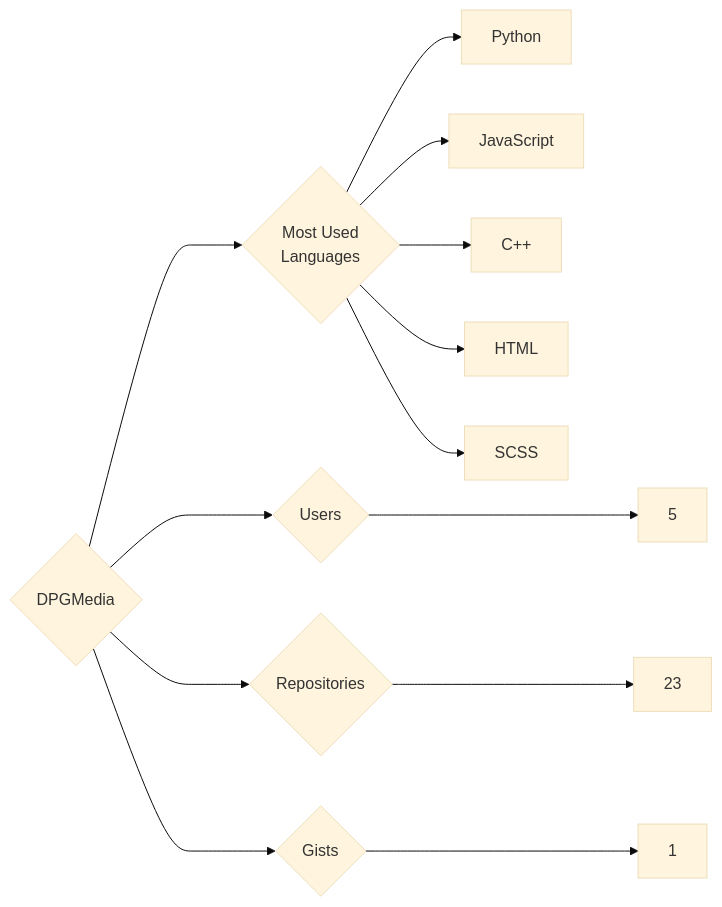
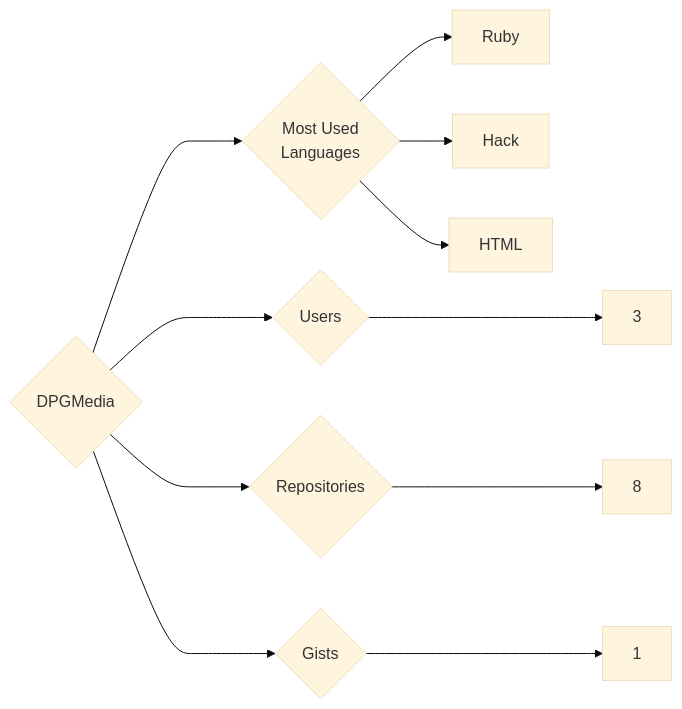
The diagram in targets/DPGMedia/README.md (trickest/insiders), drawn with Mermaid (base theme) before and after one commit. The commit also changed 1238 other files, not shown here.

````diff
--- a/targets/DPGMedia/README.md
+++ b/targets/DPGMedia/README.md
@@ -3,13 +3,11 @@
 ```mermaid
 graph LR
 COMPANY_NAME{DPGMedia}
-COMPANY_NAME ---> U{Users} ---> UN[5]
-COMPANY_NAME ---> R{Repositories} ---> RN[23]
+COMPANY_NAME ---> U{Users} ---> UN[3]
+COMPANY_NAME ---> R{Repositories} ---> RN[8]
 COMPANY_NAME ---> G{Gists} ---> GN[1]
 COMPANY_NAME ---> ML{Most Used<br>Languages}
-ML --> Python[Python]
-ML --> JavaScript[JavaScript]
-ML --> C++[C++]
+ML --> Ruby[Ruby]
+ML --> Hack[Hack]
 ML --> HTML[HTML]
-ML --> SCSS[SCSS]
 ```
````
